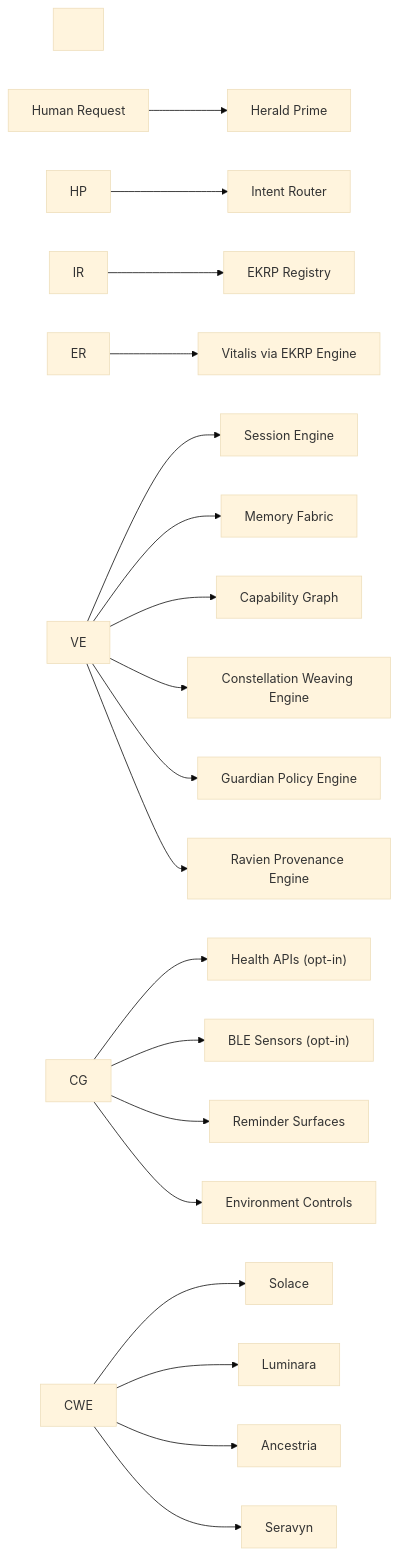
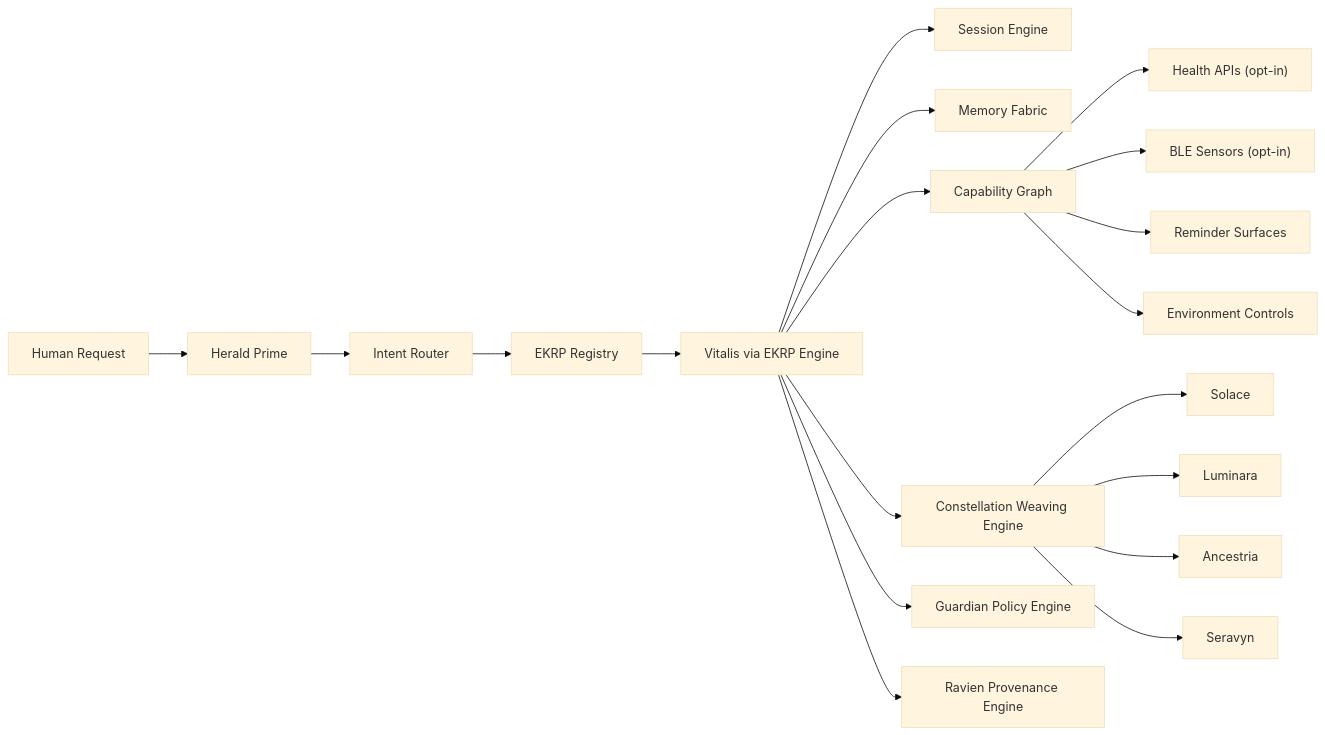
One commit to S1ngularD2ality/eidonic-language-elol changed the diagram in docs/ekrps/vitalis/README.md. Above: the diagram before and after it, drawn with Mermaid (base theme). The commit also changed other lines of this file, not shown here.

````diff
--- a/docs/ekrps/vitalis/README.md
+++ b/docs/ekrps/vitalis/README.md
@@ -505,47 +253,24 @@
 ```mermaid
+flowchart LR
+    U["Human Request"] --> HP["Herald Prime"]
+    HP --> IR["Intent Router"]
+    IR --> ER["EKRP Registry"]
+    ER --> VE["Vitalis via EKRP Engine"]
 
-flowchart LR
+    VE --> SE["Session Engine"]
+    VE --> MF["Memory Fabric"]
+    VE --> CG["Capability Graph"]
+    VE --> CWE["Constellation Weaving Engine"]
+    VE --> GPE["Guardian Policy Engine"]
+    VE --> RPE["Ravien Provenance Engine"]
 
-&nbsp;   U\["Human Request"] --> HP\["Herald Prime"]
+    CG --> HR["Health APIs (opt-in)"]
+    CG --> BLE["BLE Sensors (opt-in)"]
+    CG --> REM["Reminder Surfaces"]
+    CG --> ENV["Environment Controls"]
 
-&nbsp;   HP --> IR\["Intent Router"]
-
-&nbsp;   IR --> ER\["EKRP Registry"]
-
-&nbsp;   ER --> VE\["Vitalis via EKRP Engine"]
-
-
-
-&nbsp;   VE --> SE\["Session Engine"]
-
-&nbsp;   VE --> MF\["Memory Fabric"]
-
-&nbsp;   VE --> CG\["Capability Graph"]
-
-&nbsp;   VE --> CWE\["Constellation Weaving Engine"]
-
-&nbsp;   VE --> GPE\["Guardian Policy Engine"]
-
-&nbsp;   VE --> RPE\["Ravien Provenance Engine"]
-
-
-
-&nbsp;   CG --> HR\["Health APIs (opt-in)"]
-
-&nbsp;   CG --> BLE\["BLE Sensors (opt-in)"]
-
-&nbsp;   CG --> REM\["Reminder Surfaces"]
-
-&nbsp;   CG --> ENV\["Environment Controls"]
-
-
-
-&nbsp;   CWE --> SO\["Solace"]
-
-&nbsp;   CWE --> LU\["Luminara"]
-
-&nbsp;   CWE --> AN\["Ancestria"]
-
-&nbsp;   CWE --> SR\["Seravyn"]
-
+    CWE --> SO["Solace"]
+    CWE --> LU["Luminara"]
+    CWE --> AN["Ancestria"]
+    CWE --> SR["Seravyn"]
 ```
````
